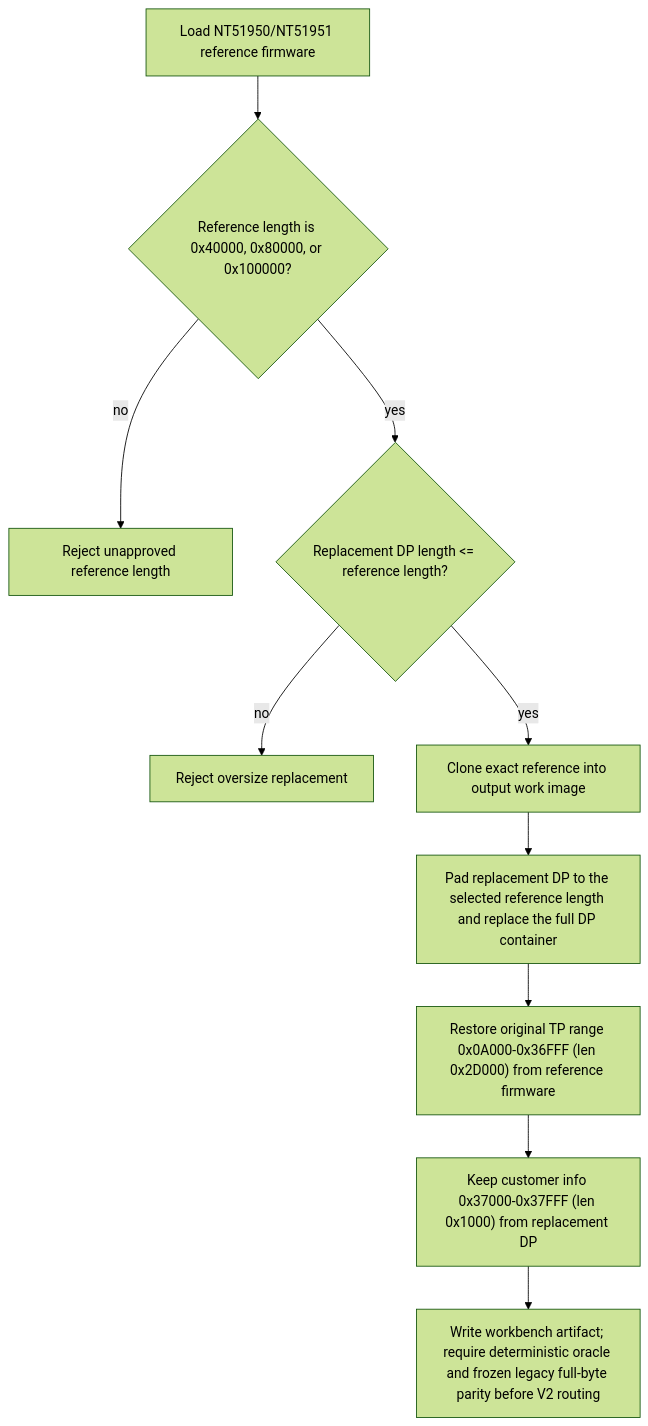
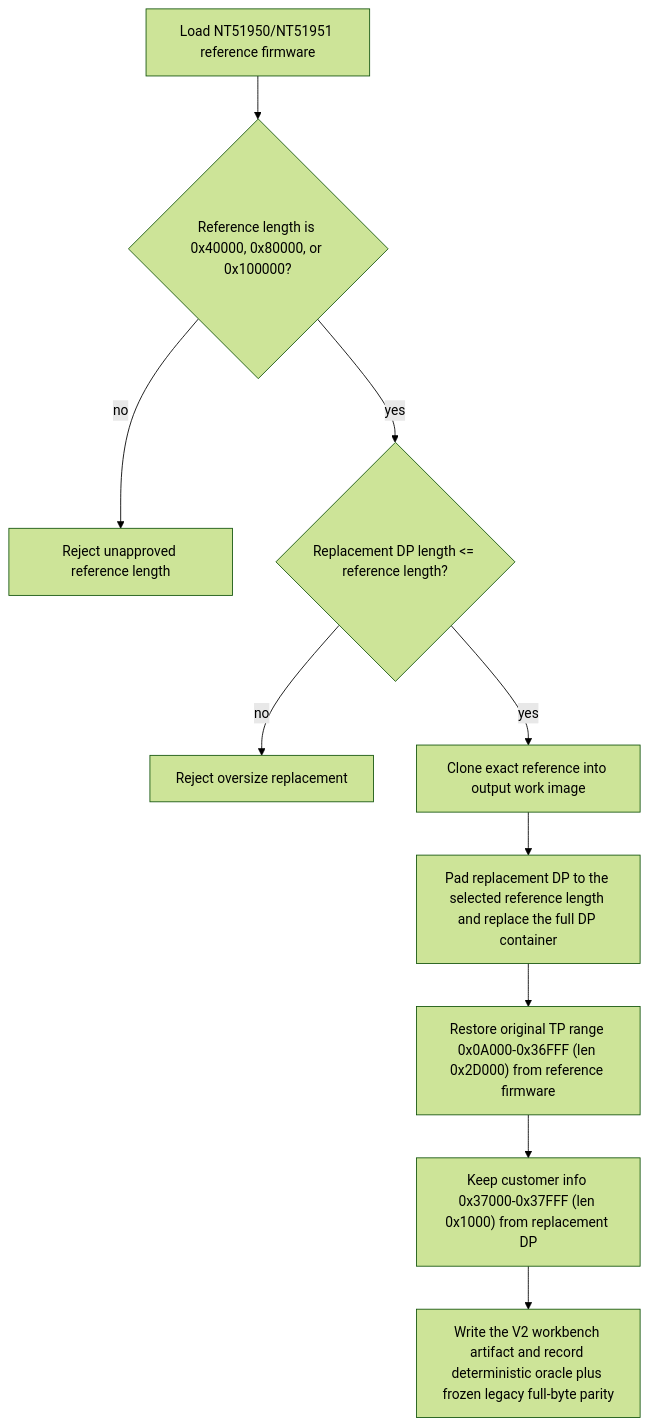
The sixth of 12 diagrams in docs/architecture/ic-workflow-flowcharts.md (Dennis40816/nvt_fw_combiner), drawn with Mermaid (forest theme) before and after one commit. The commit also changed other lines of this file and 10 other files, not shown here.

````diff
--- a/docs/architecture/ic-workflow-flowcharts.md
+++ b/docs/architecture/ic-workflow-flowcharts.md
@@ -154,12 +154,12 @@
 ```mermaid
 flowchart TD
     A["Load NT51950/NT51951 reference firmware"] --> B{"Reference length is 0x40000, 0x80000, or 0x100000?"}
     B -- "no" --> C["Reject unapproved reference length"]
     B -- "yes" --> D{"Replacement DP length <= reference length?"}
     D -- "no" --> E["Reject oversize replacement"]
     D -- "yes" --> F["Clone exact reference into output work image"]
     F --> G["Pad replacement DP to the selected reference length and replace the full DP container"]
     G --> H["Restore original TP range 0x0A000-0x36FFF (len 0x2D000) from reference firmware"]
     H --> I["Keep customer info 0x37000-0x37FFF (len 0x1000) from replacement DP"]
-    I --> J["Write workbench artifact; require deterministic oracle and frozen legacy full-byte parity before V2 routing"]
+    I --> J["Write the V2 workbench artifact and record deterministic oracle plus frozen legacy full-byte parity"]
 ```
````
